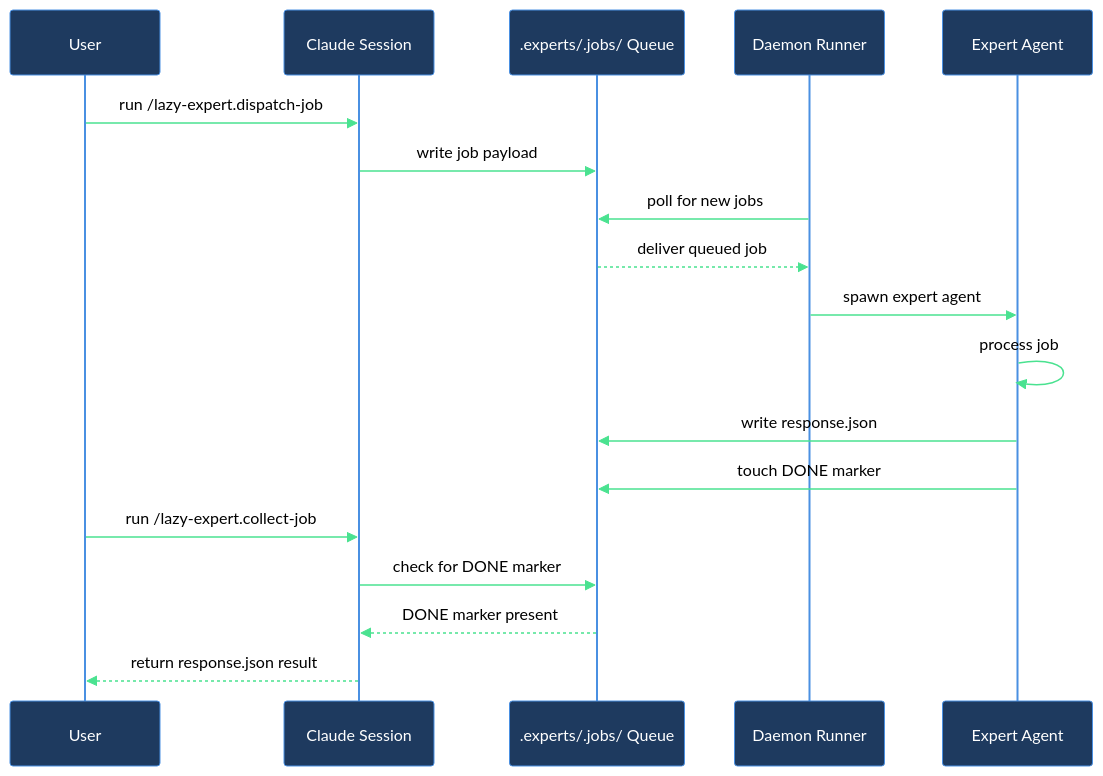
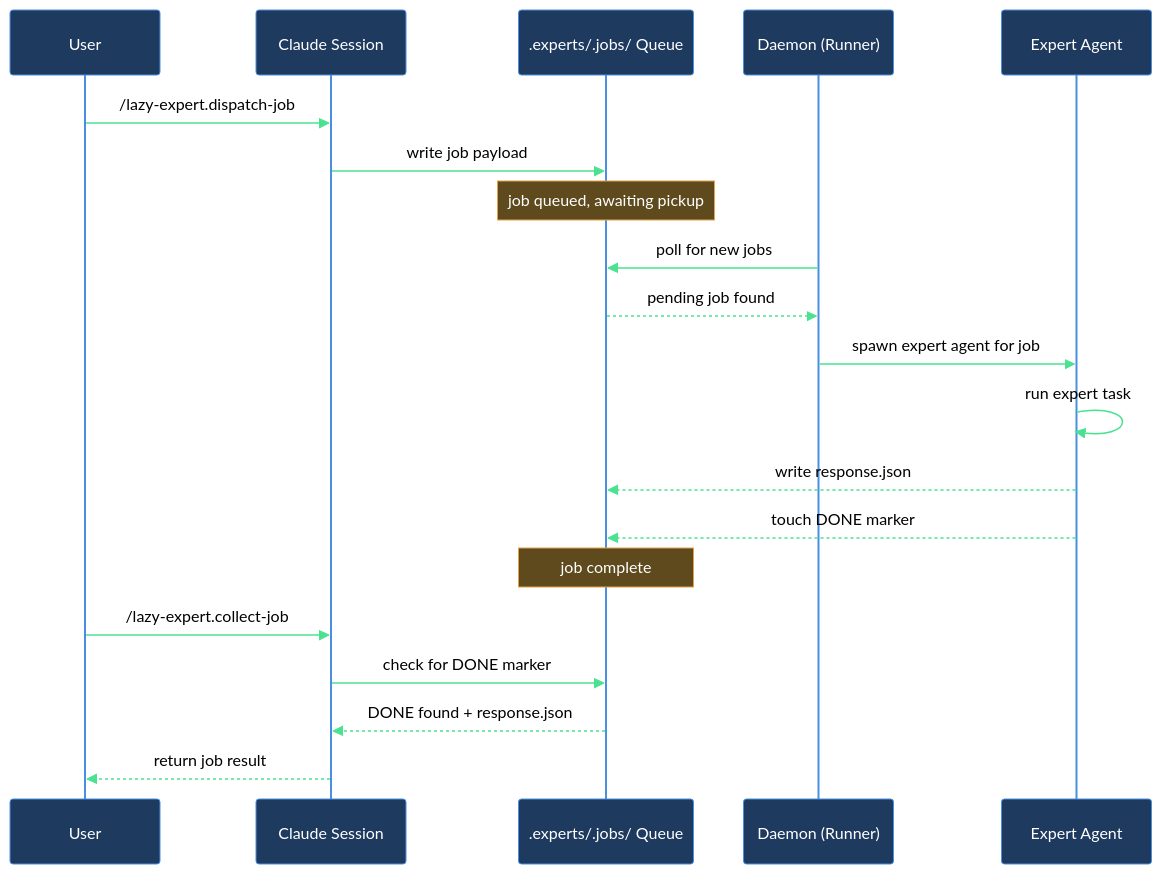
The diagram in claude/lazycortex-core/help/walkthroughs/setup-expert.md (mebius-san/lazy-cortex), drawn with Mermaid before and after one commit. The commit also changed other lines of this file and 35 other files, not shown here.

Commit message:
publish core 5.17.1, observe 0.7.1 — per-expert job metrics + Expert health dashboard table

````diff
--- a/claude/lazycortex-core/help/walkthroughs/setup-expert.md
+++ b/claude/lazycortex-core/help/walkthroughs/setup-expert.md
@@ -152,22 +151,24 @@
 ```mermaid
 %%{init: {'themeVariables':{'background':'transparent','primaryColor':'#1e3a5f','primaryBorderColor':'#4a90e2','primaryTextColor':'#fff','lineColor':'#4ae290','actorBkg':'#1e3a5f','actorBorder':'#4a90e2','actorTextColor':'#fff','actorLineColor':'#4a90e2','signalColor':'#4ae290','signalTextColor':'#000','noteBkgColor':'#5f4a1e','noteBorderColor':'#e2a14a','noteTextColor':'#fff','labelBoxBkgColor':'#5f4a1e','labelBoxBorderColor':'#e2a14a','labelTextColor':'#fff','loopTextColor':'#e2a14a'},'sequence':{'diagramPadding':5,'useMaxWidth':true}}}%%
 sequenceDiagram
   participant user as User
   participant session as Claude Session
-  participant queue as .experts/.jobs/ Queue
-  participant daemon as Daemon Runner
-  participant expert as Expert Agent
+  participant jobQueue as .experts/.jobs/ Queue
+  participant daemon as Daemon (Runner)
+  participant expertAgent as Expert Agent
 
-  user->>session: run /lazy-expert.dispatch-job
-  session->>queue: write job payload
-  daemon->>queue: poll for new jobs
-  queue-->>daemon: deliver queued job
-  daemon->>expert: spawn expert agent
-  expert->>expert: process job
-  expert->>queue: write response.json
-  expert->>queue: touch DONE marker
-  user->>session: run /lazy-expert.collect-job
-  session->>queue: check for DONE marker
-  queue-->>session: DONE marker present
-  session-->>user: return response.json result
+  user->>session: /lazy-expert.dispatch-job
+  session->>jobQueue: write job payload
+  Note over jobQueue: job queued, awaiting pickup
+  daemon->>jobQueue: poll for new jobs
+  jobQueue-->>daemon: pending job found
+  daemon->>expertAgent: spawn expert agent for job
+  expertAgent->>expertAgent: run expert task
+  expertAgent-->>jobQueue: write response.json
+  expertAgent-->>jobQueue: touch DONE marker
+  Note over jobQueue: job complete
+  user->>session: /lazy-expert.collect-job
+  session->>jobQueue: check for DONE marker
+  jobQueue-->>session: DONE found + response.json
+  session-->>user: return job result
 ```
````
